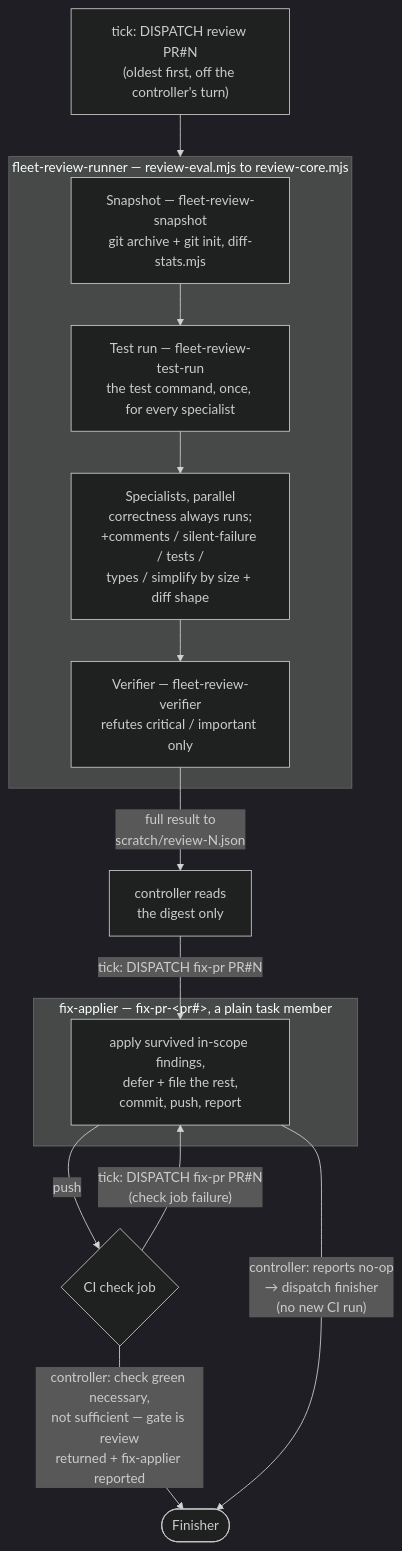
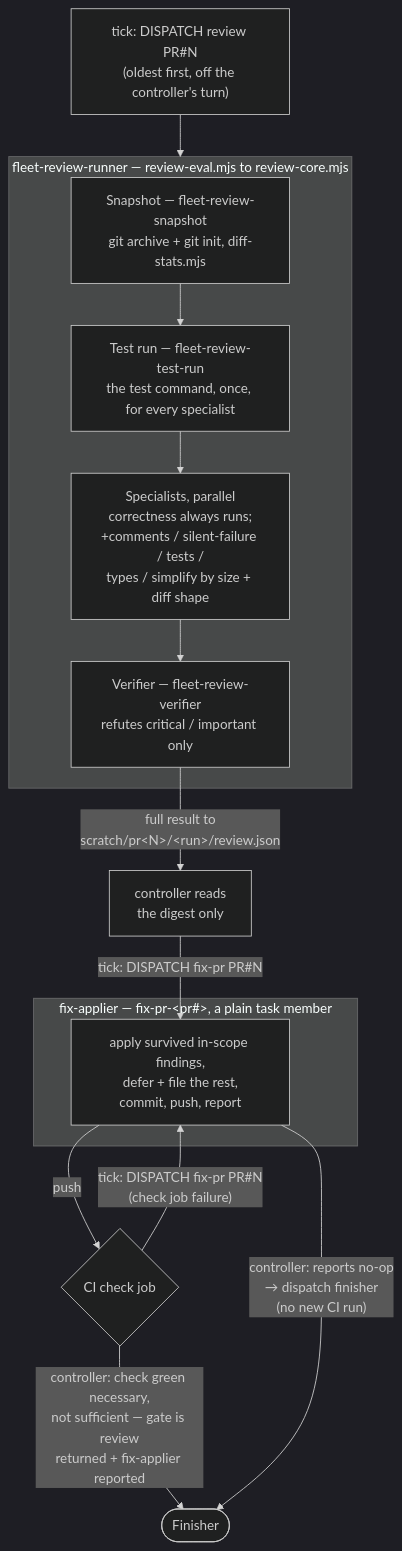
The diagram in docs/components/reviewer.md (feigi/fleet-plugin), drawn with Mermaid (dark theme) before and after one commit. The commit also changed 18 other files, not shown here.

First line of the commit message:
fix(review): bind a disposition record to its review run, and keep the write path honest

````diff
--- a/docs/components/reviewer.md
+++ b/docs/components/reviewer.md
@@ -52,24 +52,24 @@
 ```mermaid
 flowchart TD
     DISPATCH["tick: DISPATCH review PR#N<br/>(oldest first, off the controller's turn)"] --> RUNNER
 
     subgraph RUNNER["fleet-review-runner — review-eval.mjs to review-core.mjs"]
         SNAP["Snapshot — fleet-review-snapshot<br/>git archive + git init, diff-stats.mjs"]
         TESTRUN["Test run — fleet-review-test-run<br/>the test command, once, for every specialist"]
         SPEC["Specialists, parallel<br/>correctness always runs;<br/>+comments / silent-failure / tests /<br/>types / simplify by size + diff shape"]
         VERI["Verifier — fleet-review-verifier<br/>refutes critical / important only"]
         SNAP --> TESTRUN --> SPEC --> VERI
     end
 
-    VERI -->|"full result to<br/>scratch/review-N.json"| CTRL["controller reads<br/>the digest only"]
+    VERI -->|"full result to<br/>scratch/pr&lt;N&gt;/&lt;run&gt;/review.json"| CTRL["controller reads<br/>the digest only"]
     CTRL -->|"tick: DISPATCH fix-pr PR#N"| FIX
 
     subgraph FIXSUB["fix-applier — fix-pr-&lt;pr#&gt;, a plain task member"]
         FIX["apply survived in-scope findings,<br/>defer + file the rest,<br/>commit, push, report"]
     end
 
     FIX -->|"push"| CIJOB{"CI check job"}
     CIJOB -->|"tick: DISPATCH fix-pr PR#N<br/>(check job failure)"| FIX
     CIJOB -->|"controller: check green necessary,<br/>not sufficient — gate is review<br/>returned + fix-applier reported"| FINISH(["Finisher"])
     FIX -->|"controller: reports no-op<br/>→ dispatch finisher<br/>(no new CI run)"| FINISH
 ```
````
